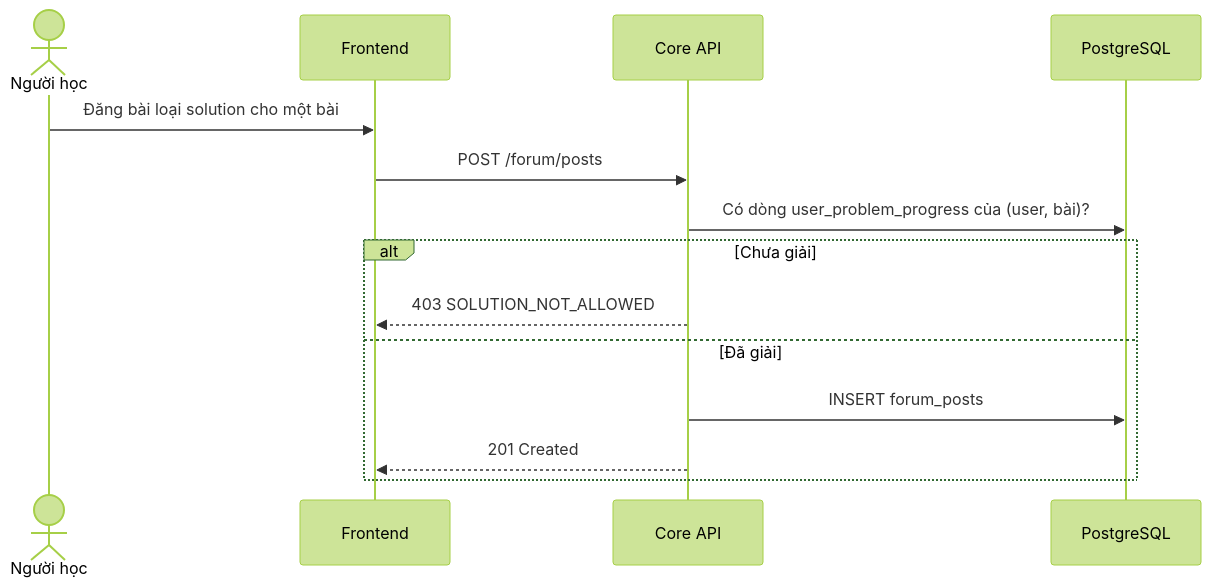
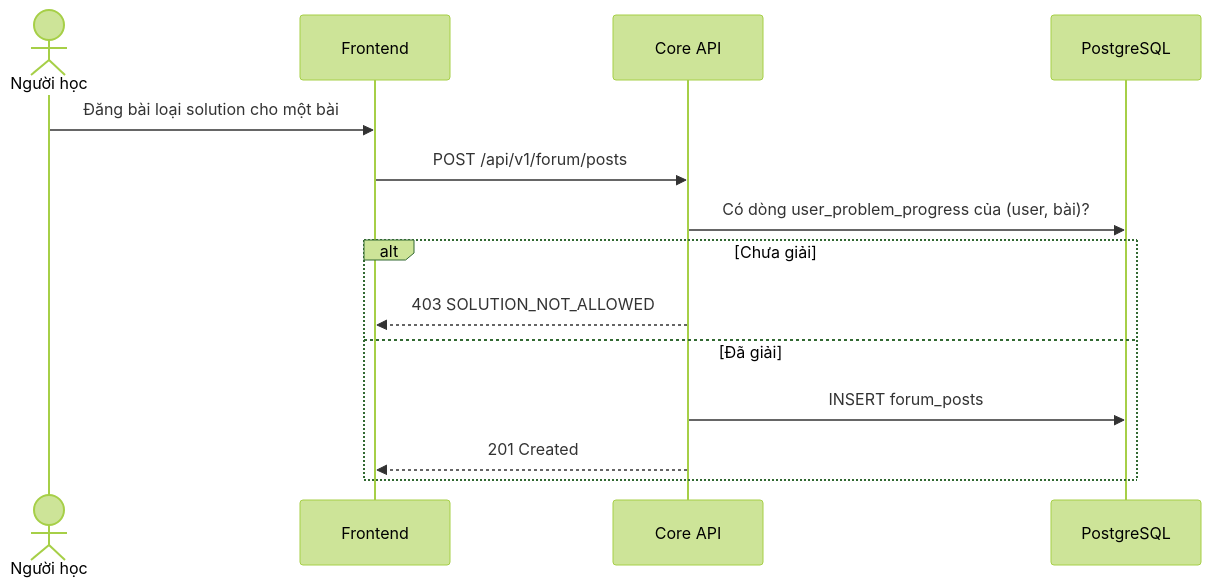
The seventh of 7 diagrams in 01_SRS_Coding_Judge_Platform.md (code-automatic/srs), drawn with Mermaid (forest theme) before and after one commit. The commit also changed other lines of this file and 3 other files, not shown here.

````diff
--- a/01_SRS_Coding_Judge_Platform.md
+++ b/01_SRS_Coding_Judge_Platform.md
@@ -1139,16 +777,16 @@
 ```mermaid
 sequenceDiagram
     actor U as Người học
     participant FE as Frontend
     participant CO as Core API
     participant DB as PostgreSQL
     U->>FE: Đăng bài loại solution cho một bài
-    FE->>CO: POST /forum/posts
+    FE->>CO: POST /api/v1/forum/posts
     CO->>DB: Có dòng user_problem_progress của (user, bài)?
     alt Chưa giải
         CO-->>FE: 403 SOLUTION_NOT_ALLOWED
     else Đã giải
         CO->>DB: INSERT forum_posts
         CO-->>FE: 201 Created
     end
 ```
````
